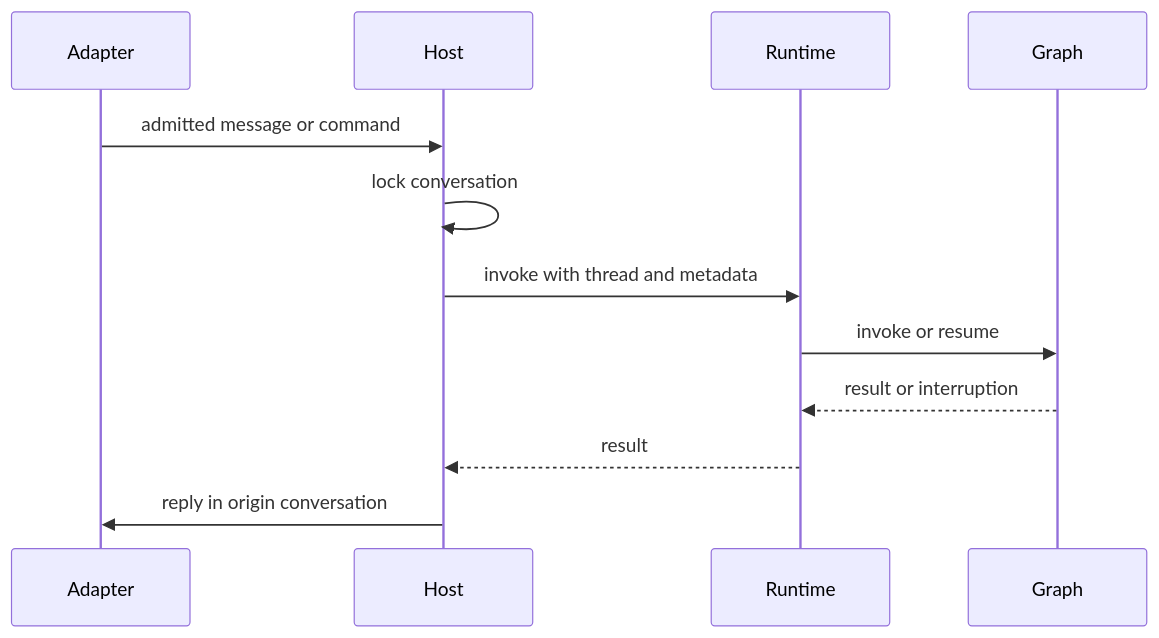
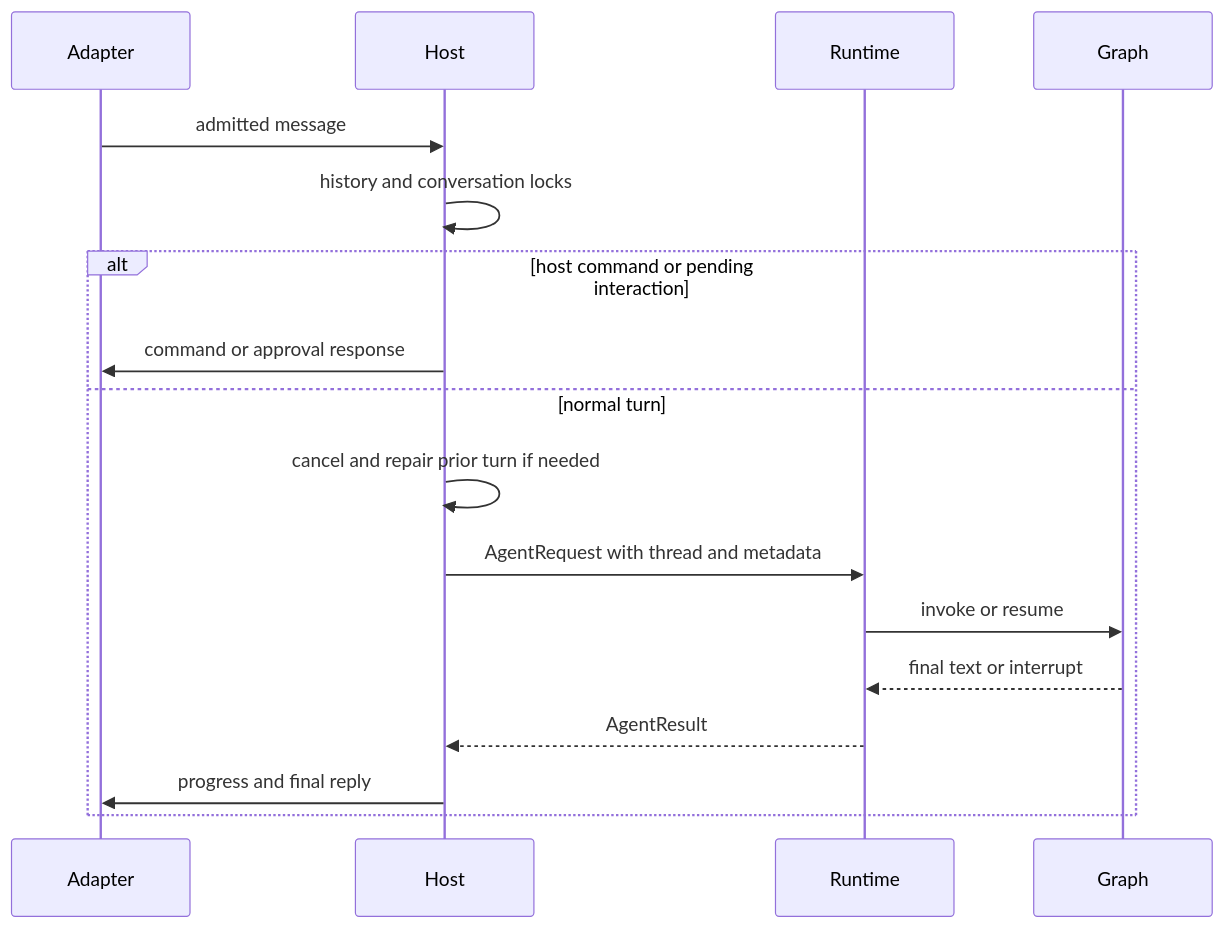
One commit to langchain-ai/deepagents changed the second of 2 diagrams in openwiki/integrations/talon.md. Above: the diagram before and after it, drawn with Mermaid. The commit also changed other lines of this file and 34 other files, not shown here.

````diff
--- a/openwiki/integrations/talon.md
+++ b/openwiki/integrations/talon.md
@@ -76,14 +62,19 @@
 ```mermaid
 sequenceDiagram
     participant Adapter
     participant Host
     participant Runtime
     participant Graph
-    Adapter->>Host: admitted message or command
-    Host->>Host: lock conversation
-    Host->>Runtime: invoke with thread and metadata
-    Runtime->>Graph: invoke or resume
-    Graph-->>Runtime: result or interruption
-    Runtime-->>Host: result
-    Host->>Adapter: reply in origin conversation
+    Adapter->>Host: admitted message
+    Host->>Host: history and conversation locks
+    alt host command or pending interaction
+        Host->>Adapter: command or approval response
+    else normal turn
+        Host->>Host: cancel and repair prior turn if needed
+        Host->>Runtime: AgentRequest with thread and metadata
+        Runtime->>Graph: invoke or resume
+        Graph-->>Runtime: final text or interrupt
+        Runtime-->>Host: AgentResult
+        Host->>Adapter: progress and final reply
+    end
 ```
````
